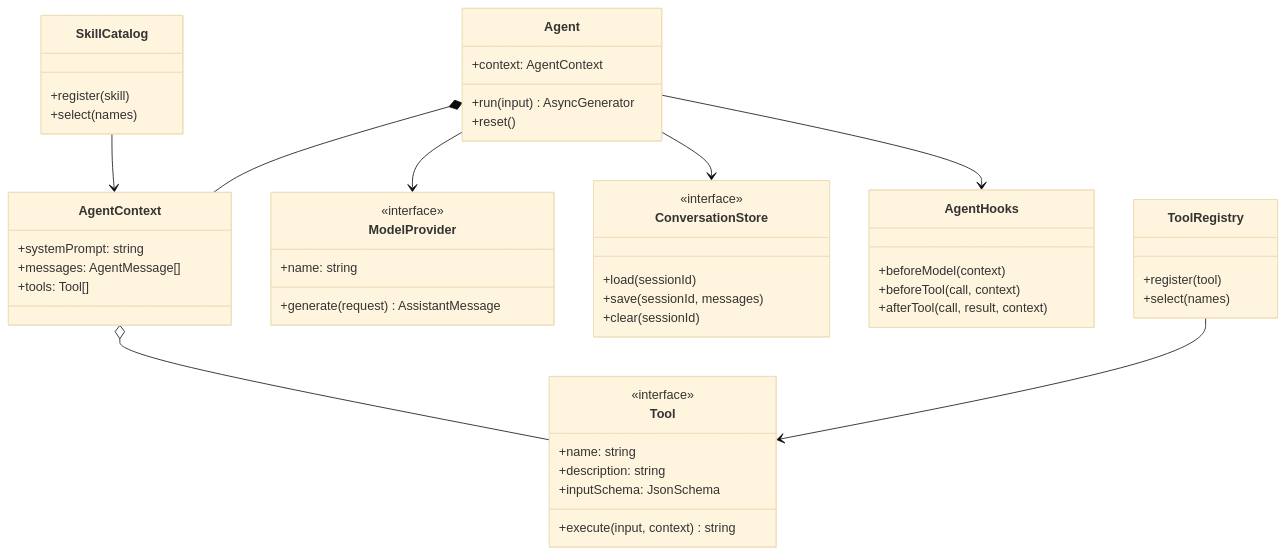
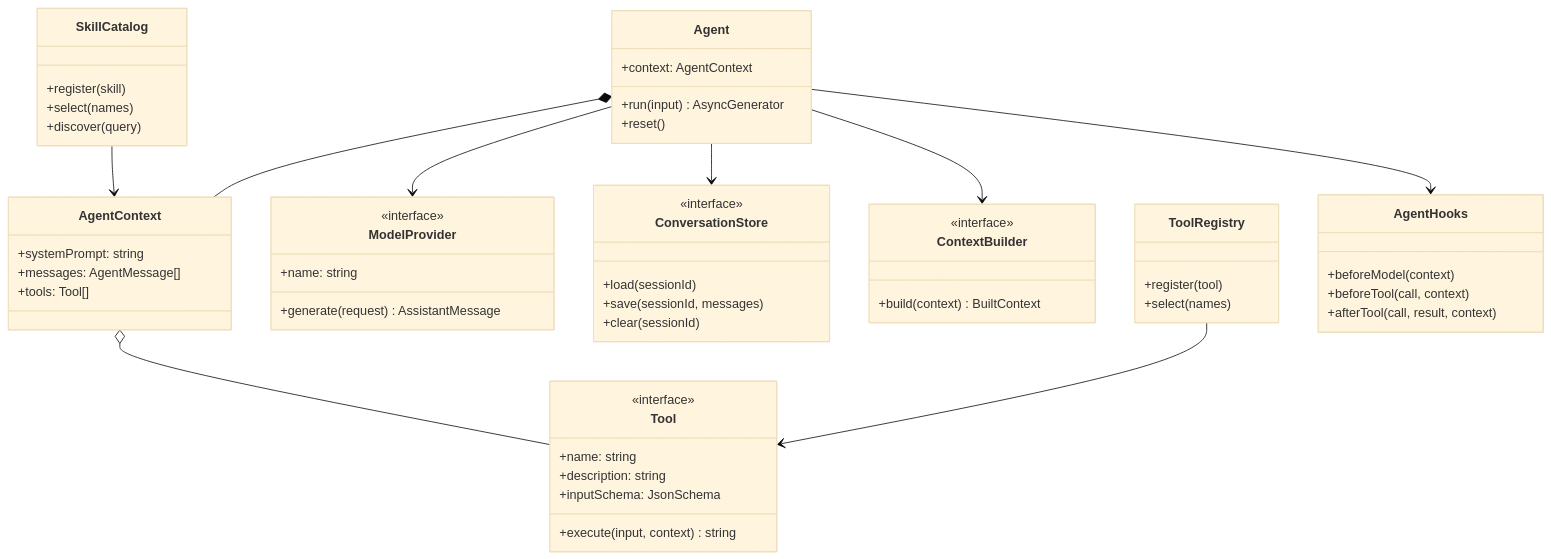
The diagram in docs/architecture.md (daiwk/building-agents-from-scratch), drawn with Mermaid (base theme) before and after one commit. The commit also changed other lines of this file and 16 other files, not shown here.

````diff
--- a/docs/architecture.md
+++ b/docs/architecture.md
@@ -5,52 +5,58 @@
 ```mermaid
 classDiagram
     class Agent {
       +context: AgentContext
       +run(input) AsyncGenerator
       +reset()
     }
     class AgentContext {
       +systemPrompt: string
       +messages: AgentMessage[]
       +tools: Tool[]
     }
     class ModelProvider {
       <<interface>>
       +name: string
       +generate(request) AssistantMessage
     }
     class Tool {
       <<interface>>
       +name: string
       +description: string
       +inputSchema: JsonSchema
       +execute(input, context) string
     }
     class AgentHooks {
       +beforeModel(context)
       +beforeTool(call, context)
       +afterTool(call, result, context)
     }
     class ConversationStore {
       <<interface>>
       +load(sessionId)
       +save(sessionId, messages)
       +clear(sessionId)
     }
     class ToolRegistry {
       +register(tool)
       +select(names)
     }
     class SkillCatalog {
       +register(skill)
       +select(names)
+      +discover(query)
+    }
+    class ContextBuilder {
+      <<interface>>
+      +build(context) BuiltContext
     }
 
     Agent *-- AgentContext
     Agent --> ModelProvider
     Agent --> ConversationStore
+    Agent --> ContextBuilder
     AgentContext o-- Tool
     Agent --> AgentHooks
     ToolRegistry --> Tool
     SkillCatalog --> AgentContext
 ```
````
